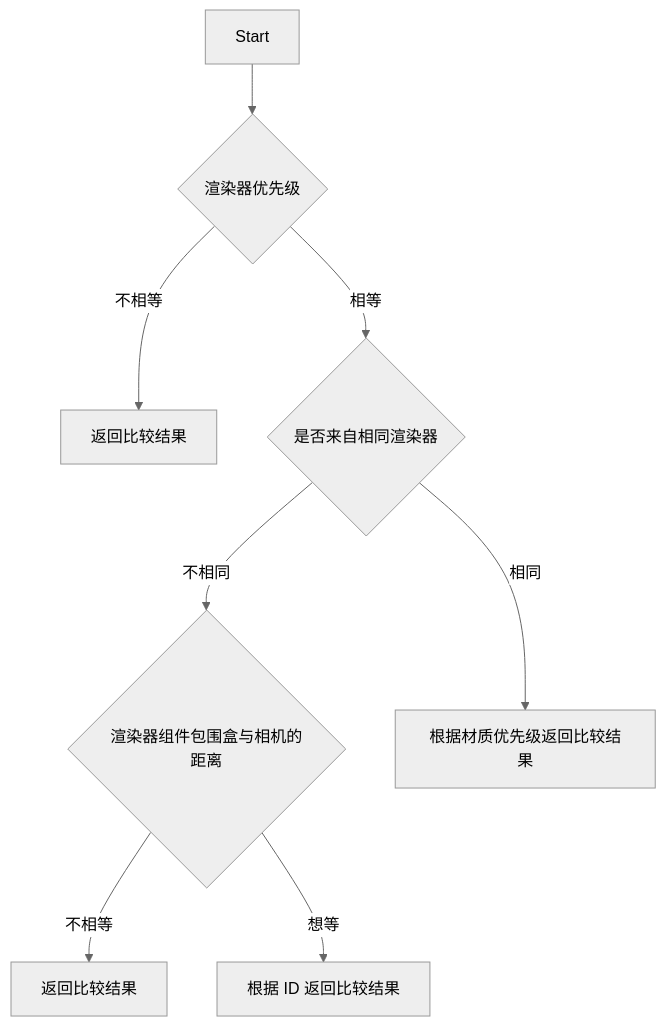
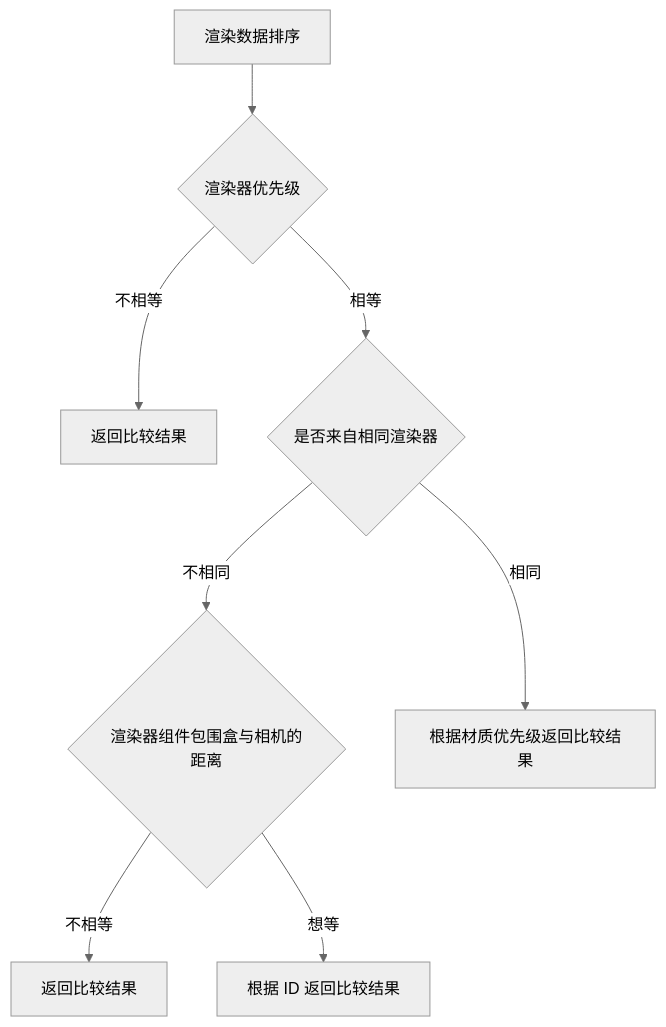
Before and after one commit to galacean/galacean.github.io: the second of 2 diagrams in docs/graphics-renderer-order.zh-CN.md, drawn with Mermaid (neutral theme). The commit also changed other lines of this file, not shown here.

````diff
--- a/docs/graphics-renderer-order.zh-CN.md
+++ b/docs/graphics-renderer-order.zh-CN.md
@@ -35,10 +35,10 @@
 ```mermaid
 flowchart TD
-    A[Start] --> B{渲染器优先级}
+    A[渲染数据排序] --> B{渲染器优先级}
     B -->|不相等| C[返回比较结果]
     B -->|相等| D{是否来自相同渲染器}
     D -->|不相同| E{渲染器组件包围盒与相机的距离}
     D -->|相同| F[根据材质优先级返回比较结果]
     E -->|不相等| G[返回比较结果]
     E -->|想等| H[根据 ID 返回比较结果]
 ```
````
